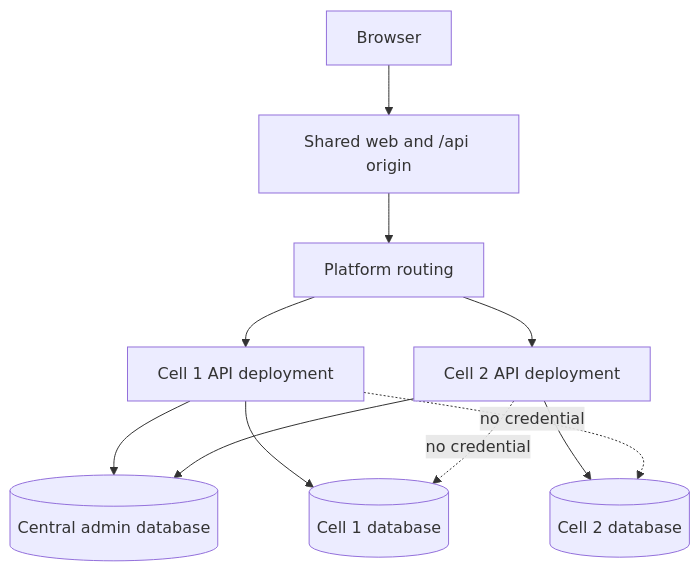
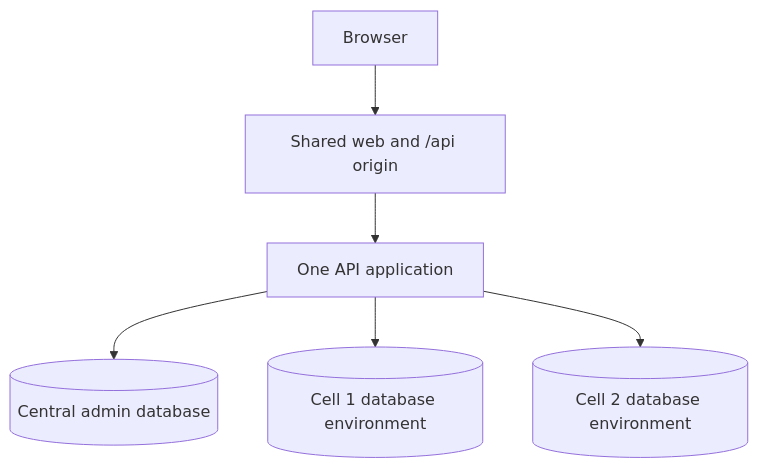
The second of 3 diagrams in docs/specs/nap-platform-specification.md (silverstone-i/nap), drawn with Mermaid before and after one commit. The commit also changed other lines of this file and 133 other files, not shown here.

````diff
--- a/docs/specs/nap-platform-specification.md
+++ b/docs/specs/nap-platform-specification.md
@@ -105,13 +105,8 @@
 ```mermaid
 flowchart TB
   browser[Browser] --> origin[Shared web and /api origin]
-  origin --> routing[Platform routing]
-  routing --> api1[Cell 1 API deployment]
-  routing --> api2[Cell 2 API deployment]
-  api1 --> admin[(Central admin database)]
-  api2 --> admin
-  api1 --> cell1[(Cell 1 database)]
-  api2 --> cell2[(Cell 2 database)]
-  api1 -. no credential .-> cell2
-  api2 -. no credential .-> cell1
+  origin --> api[One API application]
+  api --> admin[(Central admin database)]
+  api --> cell1[(Cell 1 database environment)]
+  api --> cell2[(Cell 2 database environment)]
 ```
````
